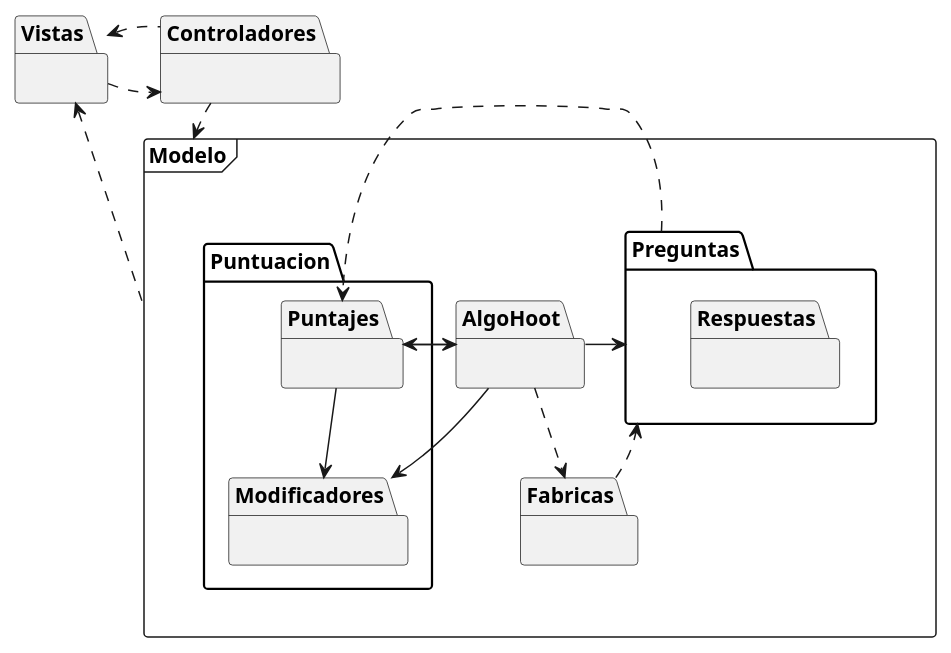
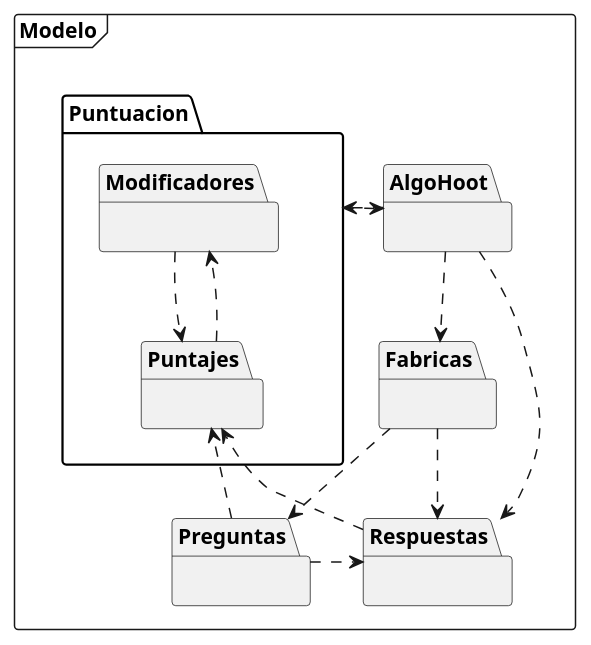
The diagram in diagrams/classes/entregaFinal/PaquetesGeneral.puml (ValentinMarturet/ALGO3-TP2), drawn with PlantUML before and after one commit.

Commit message:
Diagrama de paquetes nuevo nuevo

```diff
--- a/diagrams/classes/entregaFinal/PaquetesGeneral.puml
+++ b/diagrams/classes/entregaFinal/PaquetesGeneral.puml
@@ -1,66 +1,47 @@
 @startuml
 
 
 package Modelo <<Frame>> {
 
 }
 
 
 package Modelo.Preguntas {
 }
 package Modelo.Fabricas {
 }
 package Modelo.Puntuacion {
 }
 package Modelo.AlgoHoot {
 }
 
-package Modelo.Preguntas.Respuestas {
+package Modelo.Respuestas {
 
 }
 
 package Modelo.Puntuacion.Modificadores {
 
 }
 package Modelo.Puntuacion.Puntajes {
 
 }
-package Vistas {
-
-
-}
-
-package Controladores {
-
-}
-
-AlgoHoot -right-> Puntajes
-AlgoHoot -left-> Preguntas
-AlgoHoot ..> Fabricas
-Puntajes --> AlgoHoot
-Fabricas ..> Preguntas
-Puntajes --> Modificadores
-AlgoHoot --> Modificadores
-'AlgoHoot ..> Respuestas
-'Preguntas -> Respuestas
-'Fabricas ..> Respuestas
-Preguntas ..> Puntajes
 
 
 
-Modelo .up.> Vistas
-Controladores .down.> Modelo
-Vistas .right.> Controladores
-Controladores .left.> Vistas
+AlgoHoot ..> Fabricas
+Fabricas ..> Preguntas
+Puntajes ..> Modificadores
+Modificadores ..> Puntajes
+AlgoHoot ..> Respuestas
+Preguntas .> Respuestas
+Fabricas ..> Respuestas
+Preguntas ..> Puntajes
+Respuestas ..> Puntajes
 
-
-
-
-
-
-
+Puntuacion ..> AlgoHoot
+AlgoHoot .left.> Puntuacion
 
 
 
 
 @enduml
```
